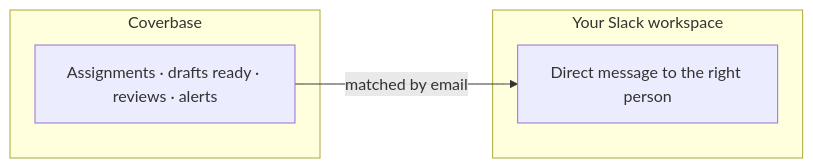
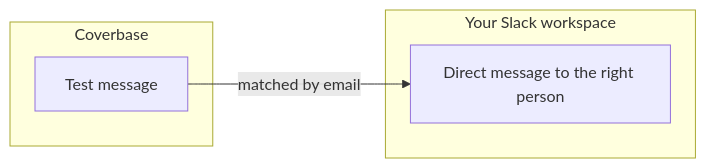
One commit to coverbasedev/docs changed the diagram in integrations/guides/slack.mdx. Above: the diagram before and after it, drawn with Mermaid. The commit also changed other lines of this file and 214 other files, not shown here.

````diff
--- a/integrations/guides/slack.mdx
+++ b/integrations/guides/slack.mdx
@@ -13,10 +17,10 @@
 ```mermaid
 flowchart LR
   subgraph cb["Coverbase"]
-    events["Assignments · drafts ready · reviews · alerts"]
+    test["Test message"]
   end
   subgraph slack["Your Slack workspace"]
     dm["Direct message to the right person"]
   end
-  events -->|matched by email| dm
+  test -->|matched by email| dm
 ```
````
